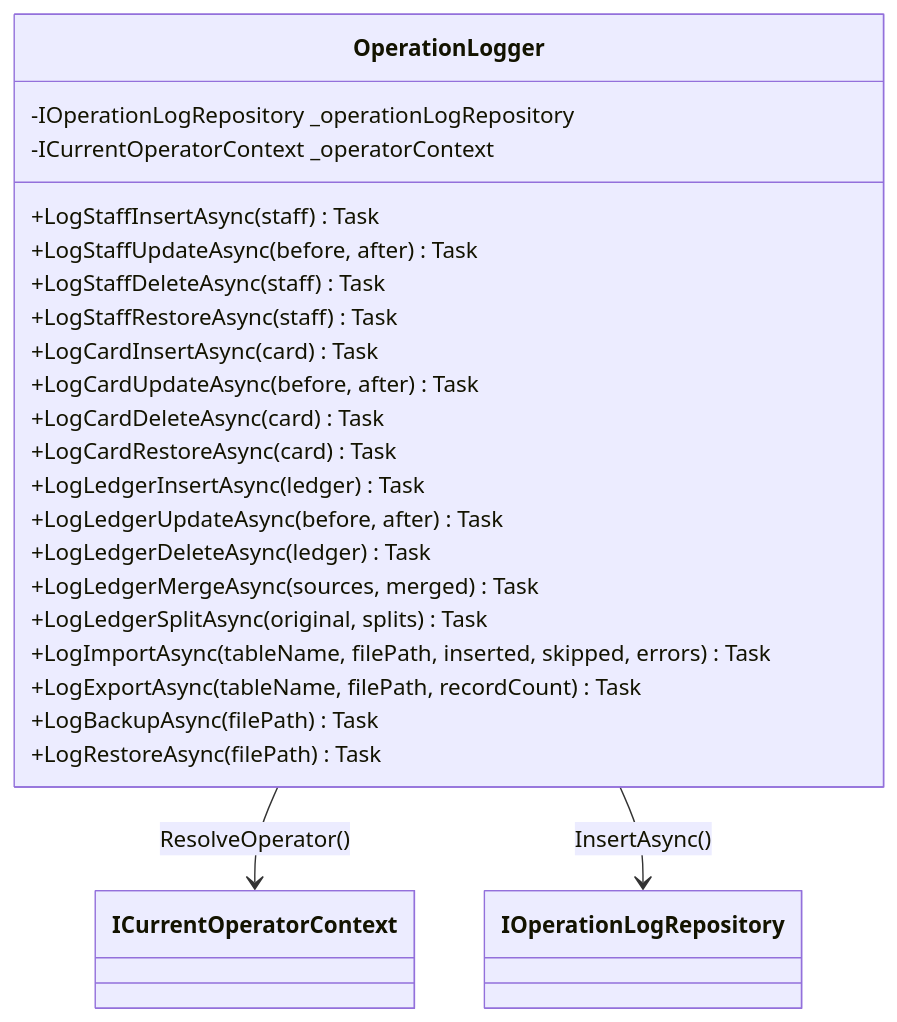
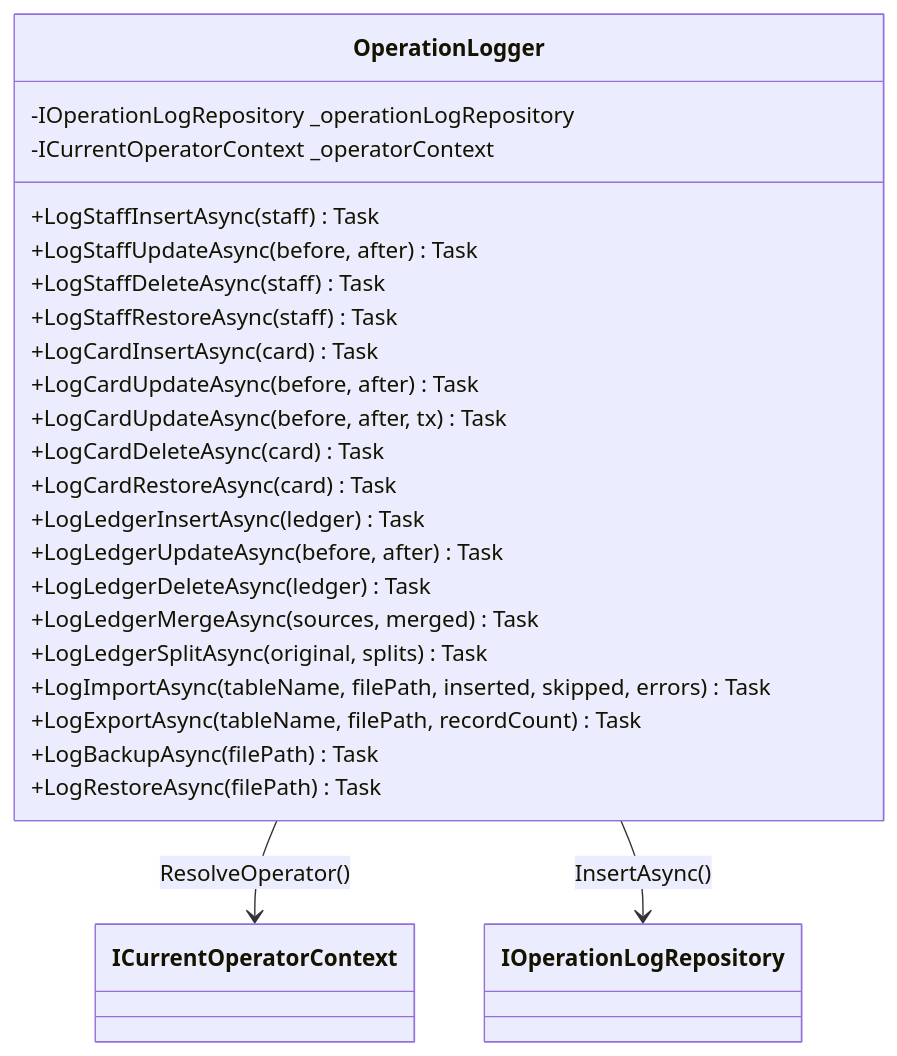
Diagram 28 of 53 in ICCardManager/docs/design/05_クラス設計書.md (kuwayamamasayuki/ICCardManager), drawn with Mermaid before and after one commit. The commit also changed other lines of this file and 34 other files, not shown here.

````diff
--- a/ICCardManager/docs/design/05_クラス設計書.md
+++ b/ICCardManager/docs/design/05_クラス設計書.md
@@ -2016,27 +2039,28 @@
 ```mermaid
 classDiagram
     class OperationLogger {
         -IOperationLogRepository _operationLogRepository
         -ICurrentOperatorContext _operatorContext
         +LogStaffInsertAsync(staff) Task
         +LogStaffUpdateAsync(before, after) Task
         +LogStaffDeleteAsync(staff) Task
         +LogStaffRestoreAsync(staff) Task
         +LogCardInsertAsync(card) Task
         +LogCardUpdateAsync(before, after) Task
+        +LogCardUpdateAsync(before, after, tx) Task
         +LogCardDeleteAsync(card) Task
         +LogCardRestoreAsync(card) Task
         +LogLedgerInsertAsync(ledger) Task
         +LogLedgerUpdateAsync(before, after) Task
         +LogLedgerDeleteAsync(ledger) Task
         +LogLedgerMergeAsync(sources, merged) Task
         +LogLedgerSplitAsync(original, splits) Task
         +LogImportAsync(tableName, filePath, inserted, skipped, errors) Task
         +LogExportAsync(tableName, filePath, recordCount) Task
         +LogBackupAsync(filePath) Task
         +LogRestoreAsync(filePath) Task
     }
 
     OperationLogger --> ICurrentOperatorContext : ResolveOperator()
     OperationLogger --> IOperationLogRepository : InsertAsync()
 ```
````
